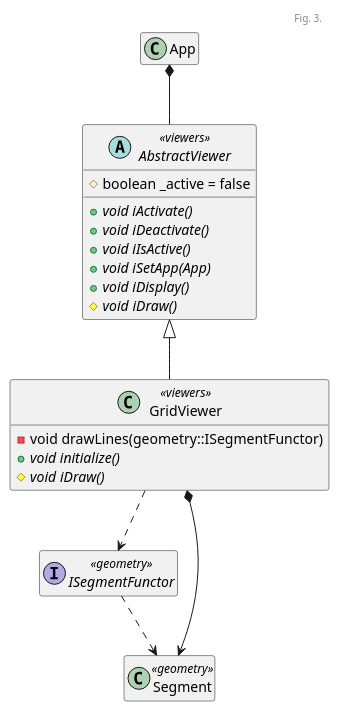
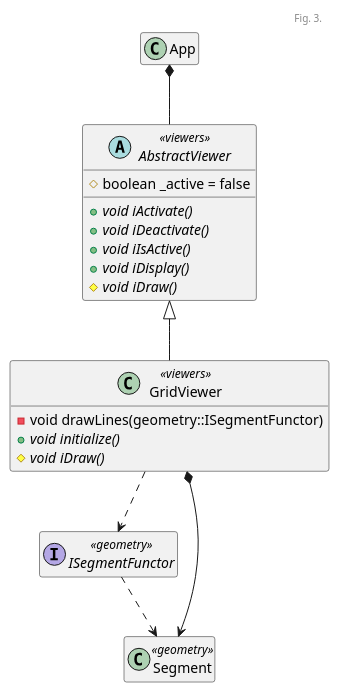
Before and after one commit to kanmeugne/kanmeugne.github.io: the third of 4 diagrams in _posts/modsim/2020-09-29-sfml-2d-grid.md, drawn with PlantUML. The commit also changed other lines of this file and 9 other files, not shown here.

Commit message:
add differents pics + add native uml graph

````diff
--- a/_posts/modsim/2020-09-29-sfml-2d-grid.md
+++ b/_posts/modsim/2020-09-29-sfml-2d-grid.md
@@ -186,30 +186,29 @@
 ```plantuml
 @startuml
 
 header Fig. 3.
 abstract AbstractViewer <<viewers>>
 {
 	# boolean _active = false
 	+ {abstract} void iActivate()
 	+ {abstract} void iDeactivate()
 	+ {abstract} void iIsActive()
-	+ {abstract} void iSetApp(App)
 	+ {abstract} void iDisplay()
 	# {abstract} void iDraw()
 }
 class GridViewer <<viewers>> extends AbstractViewer
 {
 	- void drawLines(geometry::ISegmentFunctor)
 	+ {abstract} void initialize()
 	# {abstract} void iDraw()
 }
 interface ISegmentFunctor <<geometry>>
 class Segment <<geometry>>
 
 App *-- AbstractViewer
 GridViewer ..> ISegmentFunctor
 GridViewer *--> Segment
 ISegmentFunctor ..>  Segment
 hide empty members
 @enduml
 ```
````
